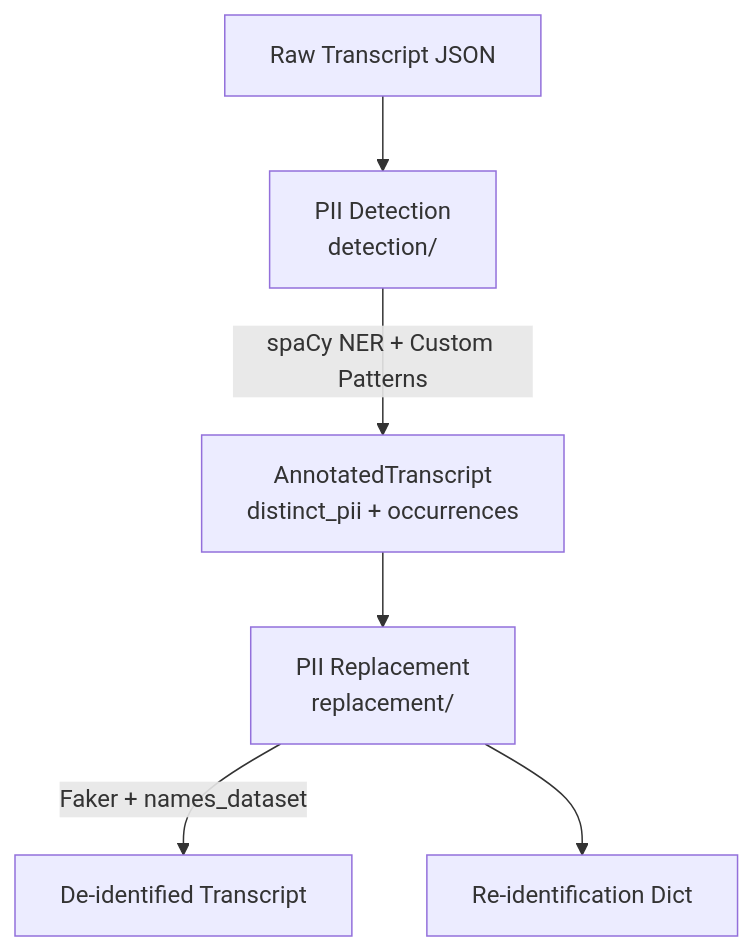
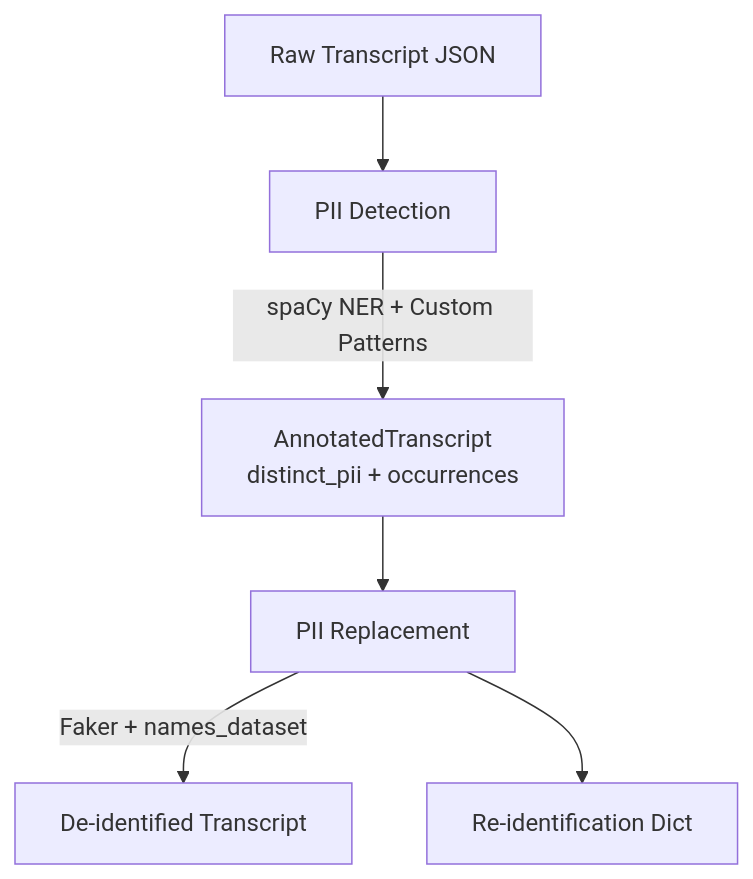
Before and after one commit to saga-ed/deidentify_systems_sandbox: the diagram in deidentification_process/README.md, drawn with Mermaid.

Commit message:
Reorder README.md

````diff
--- a/deidentification_process/README.md
+++ b/deidentification_process/README.md
@@ -221,8 +33,8 @@
 ```mermaid
 flowchart TD
-    A[Raw Transcript JSON] --> B[PII Detection<br/>detection/]
+    A[Raw Transcript JSON] --> B[PII Detection]
     B --> |spaCy NER + Custom Patterns| C[AnnotatedTranscript<br/>distinct_pii + occurrences]
-    C --> D[PII Replacement<br/>replacement/]
+    C --> D[PII Replacement]
     D --> |Faker + names_dataset| E[De-identified Transcript]
     D --> F[Re-identification Dict]
 ```
````
